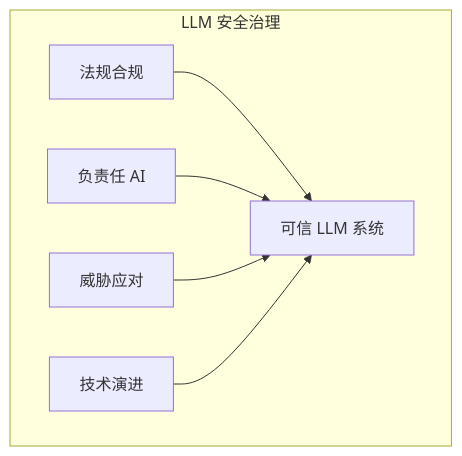
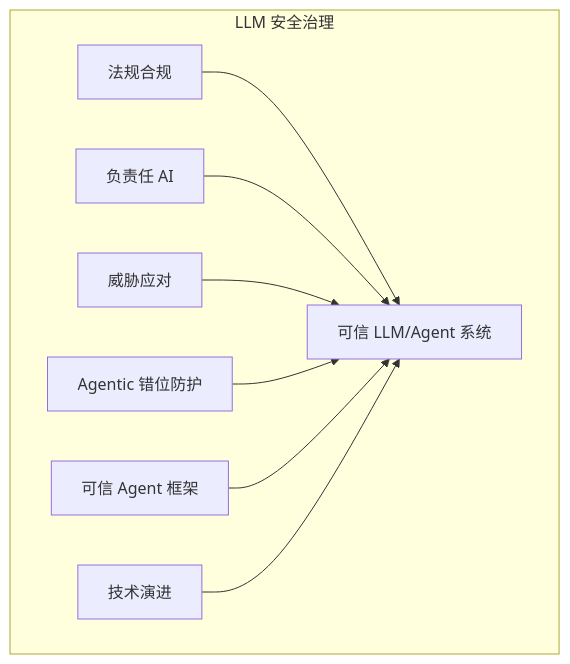
The diagram in 11_governance/summary.md (yeasy/ai_security_guide), drawn with Mermaid before and after one commit. The commit also changed other lines of this file and 5 other files, not shown here.

````diff
--- a/11_governance/summary.md
+++ b/11_governance/summary.md
@@ -17,9 +19,11 @@
 ```mermaid
 graph TB
     subgraph "LLM 安全治理"
-    A["法规合规"] --> E["可信 LLM 系统"]
+    A["法规合规"] --> E["可信 LLM/Agent 系统"]
     B["负责任 AI"] --> E
     C["威胁应对"] --> E
-    D["技术演进"] --> E
+    D["Agentic 错位防护"] --> E
+    F["可信 Agent 框架"] --> E
+    G["技术演进"] --> E
     end
 ```
````
